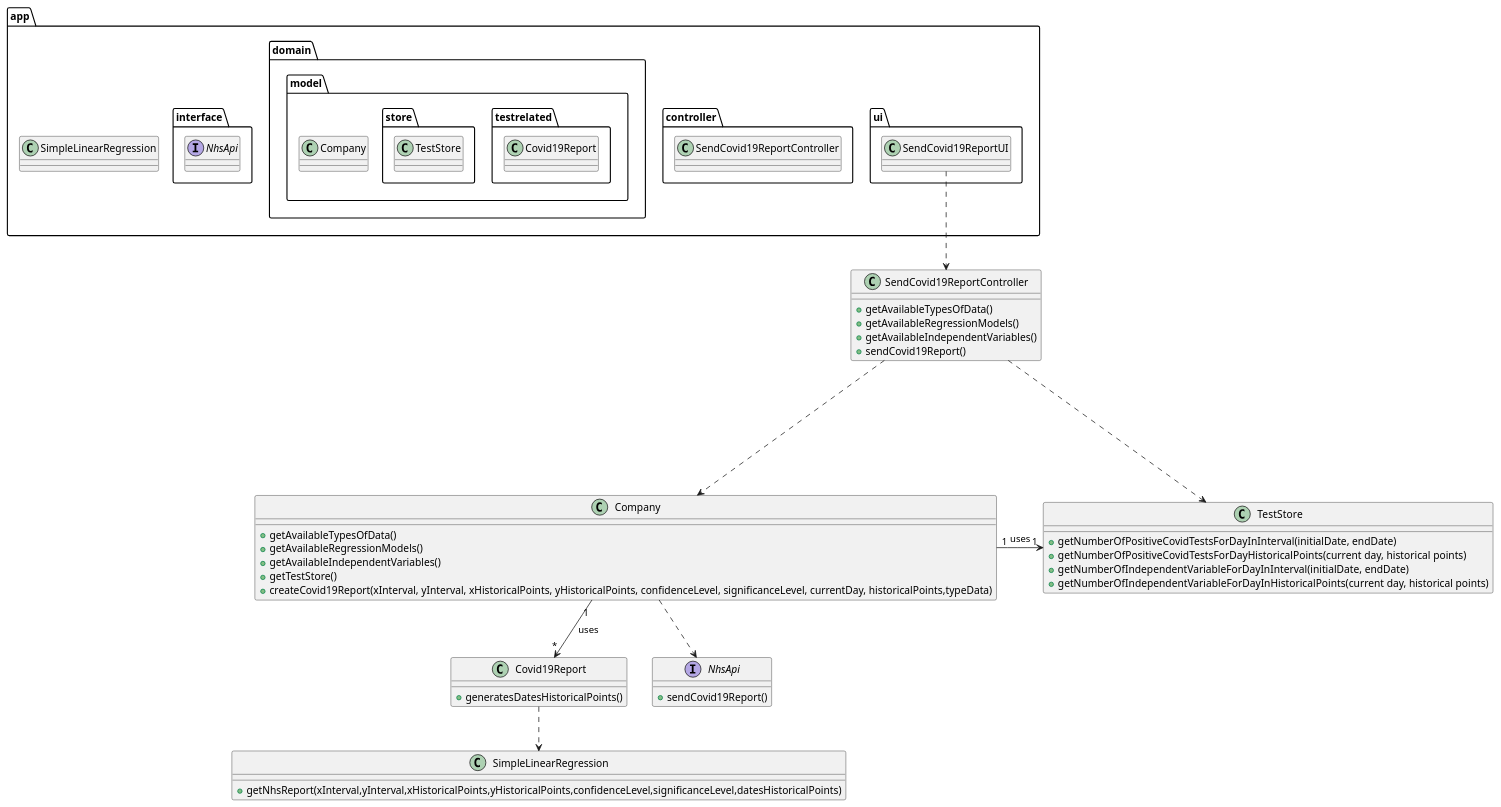
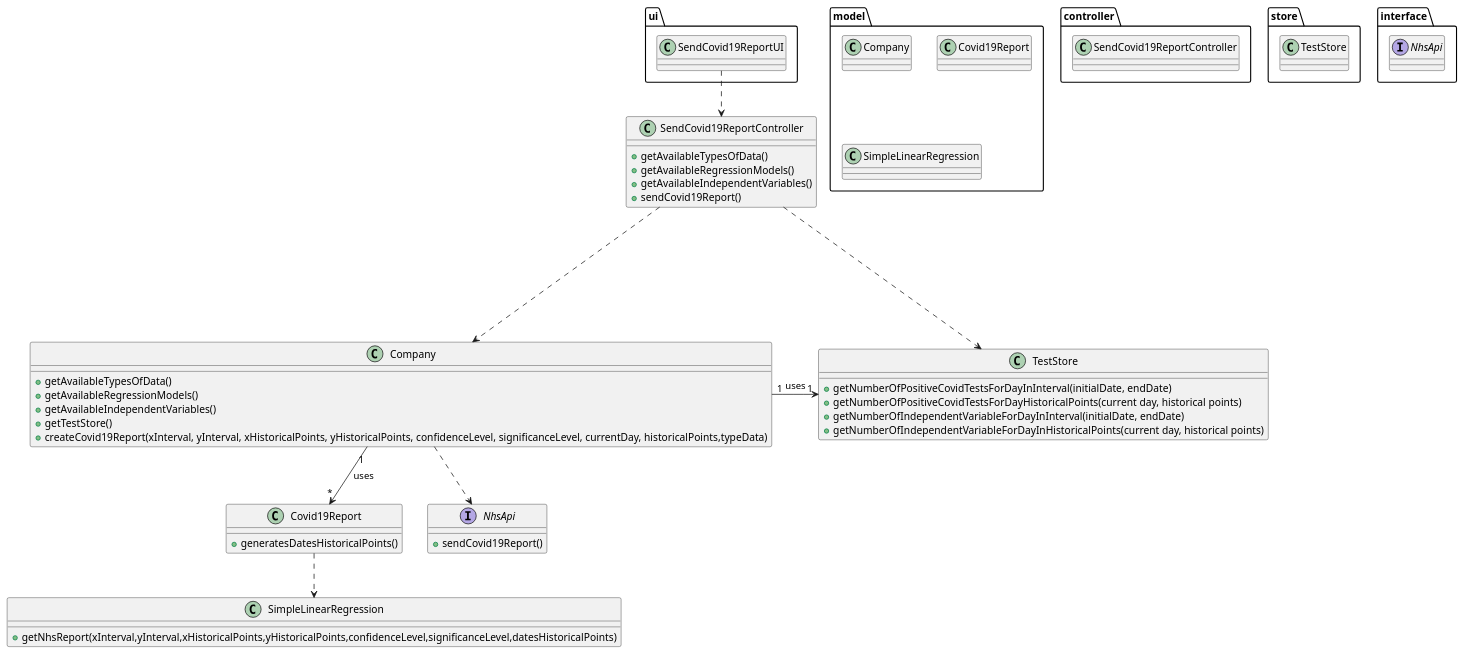
One commit to manu-07-ela/LAPR2_ISEP changed the diagram in docs/SprintD/US18/US18_CD.puml. Above: the diagram before and after it, drawn with PlantUML. The commit also changed 5990 other files, not shown here.

```diff
--- a/docs/SprintD/US18/US18_CD.puml
+++ b/docs/SprintD/US18/US18_CD.puml
@@ -1,74 +1,70 @@
 @startuml
 'https://plantuml.com/class-diagram
 
-package app{
+
 package ui{
 class SendCovid19ReportUI
 }
 
 package controller{
 class SendCovid19ReportController
 }
 
-package domain {
+
 package model{
 class Company
-package testrelated{
 class Covid19Report
+class SimpleLinearRegression
 }
+
 package store{
 class TestStore
 }
-}
-
-}
-class SimpleLinearRegression
 package interface{
 interface NhsApi
-}
 }
 
 class SendCovid19ReportController {
 +getAvailableTypesOfData()
 +getAvailableRegressionModels()
 +getAvailableIndependentVariables()
 +sendCovid19Report()
 }
 
 class Company{
 +getAvailableTypesOfData()
 +getAvailableRegressionModels()
 +getAvailableIndependentVariables()
 +getTestStore()
 +createCovid19Report(xInterval, yInterval, xHistoricalPoints, yHistoricalPoints, confidenceLevel, significanceLevel, currentDay, historicalPoints,typeData)
 }
 
 class TestStore{
 +getNumberOfPositiveCovidTestsForDayInInterval(initialDate, endDate)
 +getNumberOfPositiveCovidTestsForDayHistoricalPoints(current day, historical points)
 +getNumberOfIndependentVariableForDayInInterval(initialDate, endDate)
 +getNumberOfIndependentVariableForDayInHistoricalPoints(current day, historical points)
 }
 
 class Covid19Report{
 +generatesDatesHistoricalPoints()
 }
 
 class SimpleLinearRegression{
 +getNhsReport(xInterval,yInterval,xHistoricalPoints,yHistoricalPoints,confidenceLevel,significanceLevel,datesHistoricalPoints)
 }
 
 interface NhsApi{
 +sendCovid19Report()
 }
 
 SendCovid19ReportUI ..> SendCovid19ReportController
 SendCovid19ReportController ....> Company
 SendCovid19ReportController ...> TestStore
 Company"1" --> "*" Covid19Report : uses
 Company "1" -> "1" TestStore : uses
-Company ..> NhsApi
+Company..>NhsApi
 Covid19Report ..> SimpleLinearRegression
 
 
 @enduml
```
